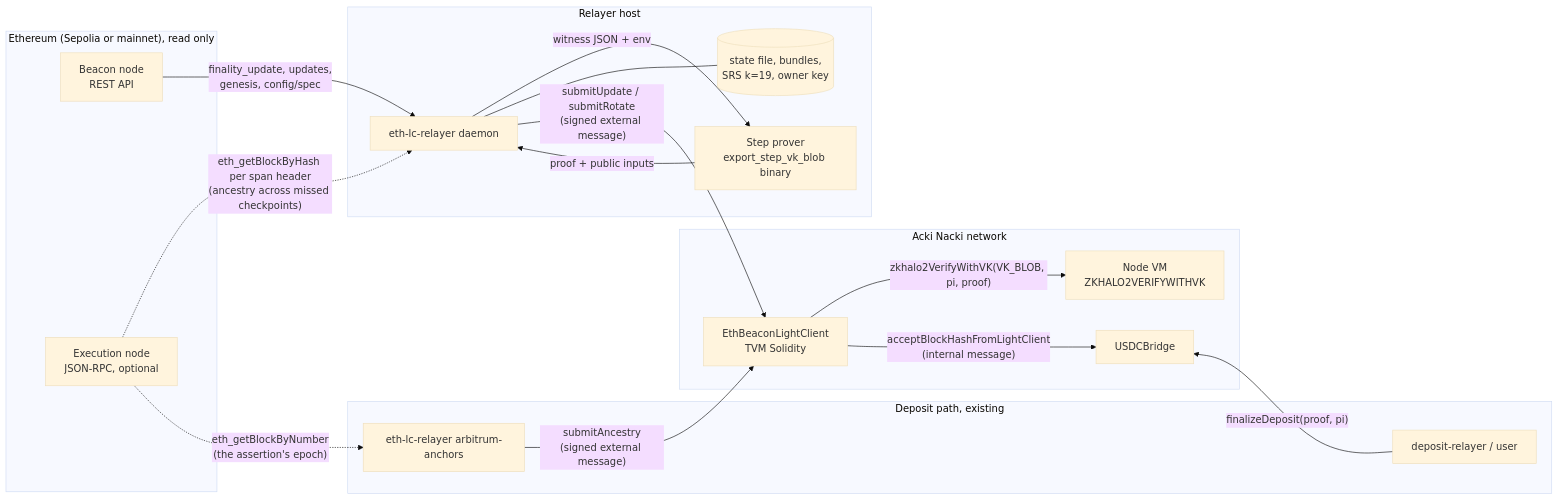
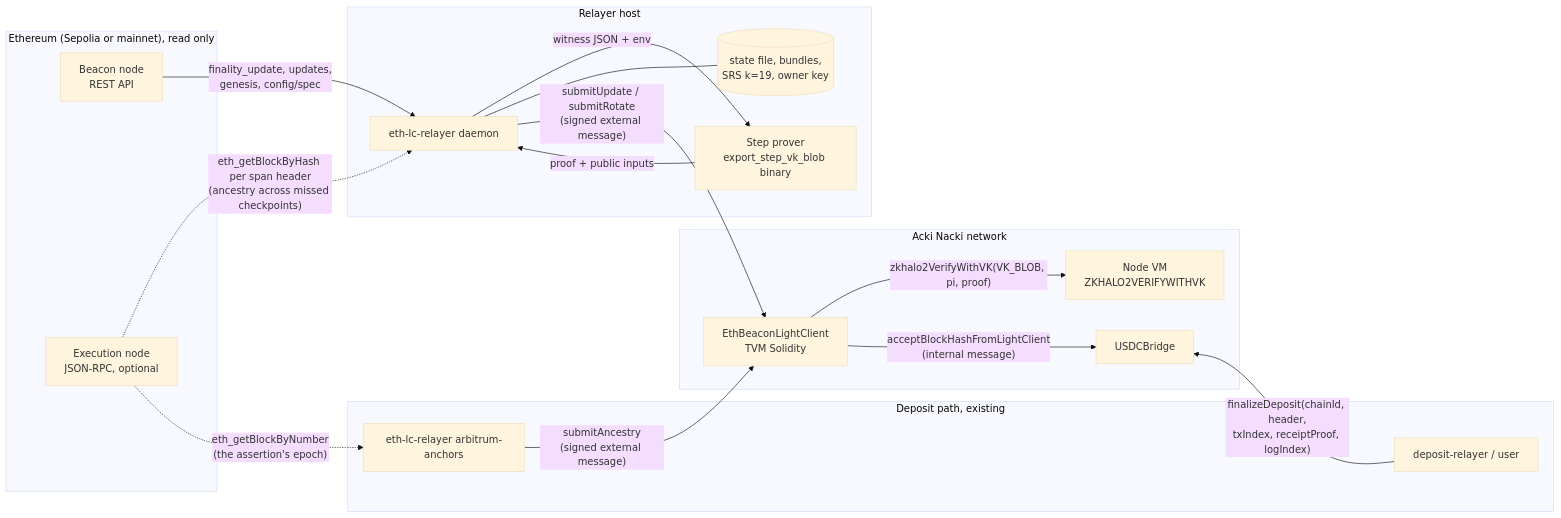
One commit to gosh-sh/bridge changed the first of 5 diagrams in docs/eth-light-client.md. Above: the diagram before and after it, drawn with Mermaid (base theme). The commit also changed other lines of this file and 239 other files, not shown here.

First line of the commit message:
eccBridge: finalize deposits from an on-chain receipt proof, drop the deposit circuit (bridge-audit#139) (#163)

````diff
--- a/docs/eth-light-client.md
+++ b/docs/eth-light-client.md
@@ -61,33 +62,33 @@
 ```mermaid
 flowchart LR
   subgraph ETH["Ethereum (Sepolia or mainnet), read only"]
     BN["Beacon node<br/>REST API"]
     EN["Execution node<br/>JSON-RPC, optional"]
   end
   subgraph RH["Relayer host"]
     D["eth-lc-relayer daemon"]
     P["Step prover<br/>export_step_vk_blob binary"]
     S[("state file, bundles,<br/>SRS k=19, owner key")]
   end
   subgraph AN["Acki Nacki network"]
     N["Node VM<br/>ZKHALO2VERIFYWITHVK"]
     LC["EthBeaconLightClient<br/>TVM Solidity"]
     UB["USDCBridge"]
   end
   subgraph DEP["Deposit path, existing"]
     DR["deposit-relayer / user"]
     AA["eth-lc-relayer arbitrum-anchors"]
   end
   BN -- "finality_update, updates,<br/>genesis, config/spec" --> D
   EN -. "eth_getBlockByHash per span header<br/>(ancestry across missed checkpoints)" .-> D
   D -- "witness JSON + env" --> P
   P -- "proof + public inputs" --> D
   D --- S
   D -- "submitUpdate / submitRotate<br/>(signed external message)" --> LC
   EN -. "eth_getBlockByNumber<br/>(the assertion's epoch)" .-> AA
   AA -- "submitAncestry<br/>(signed external message)" --> LC
   LC -- "zkhalo2VerifyWithVK(VK_BLOB, pi, proof)" --> N
   LC -- "acceptBlockHashFromLightClient<br/>(internal message)" --> UB
   UB ~~~ DR
-  DR -- "finalizeDeposit(proof, pi)" --> UB
+  DR -- "finalizeDeposit(chainId, header,<br/>txIndex, receiptProof, logIndex)" --> UB
 ```
````
